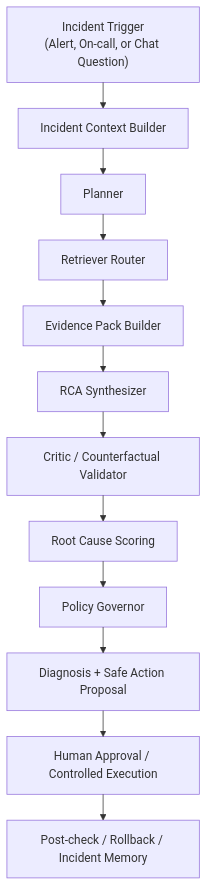
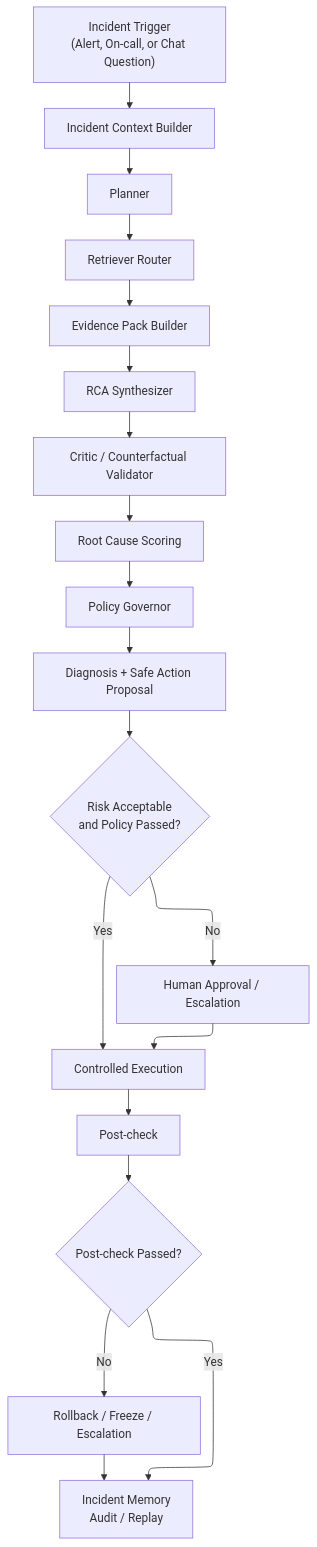
Before and after one commit to AstroMen/AstroMen.github.io: the first of 3 diagrams in _posts/2026-05-09-Why_AI_Driven_Infrastructure_Resilience_Needs_Search_Indexing_and_Document_Understanding-CN.md, drawn with Mermaid. The commit also changed other lines of this file, not shown here.

Commit message:
Refine RCA Agent workflow description and diagrams

````diff
--- a/_posts/2026-05-09-Why_AI_Driven_Infrastructure_Resilience_Needs_Search_Indexing_and_Document_Understanding-CN.md
+++ b/_posts/2026-05-09-Why_AI_Driven_Infrastructure_Resilience_Needs_Search_Indexing_and_Document_Understanding-CN.md
@@ -87,18 +88,29 @@
 ```mermaid
 ---
 config:
   layout: elk
 ---
 flowchart TD
     A["Incident Trigger<br/>(Alert, On-call, or Chat Question)"] --> B["Incident Context Builder"]
     B --> C["Planner"]
     C --> D["Retriever Router"]
     D --> E["Evidence Pack Builder"]
     E --> F["RCA Synthesizer"]
     F --> G["Critic / Counterfactual Validator"]
     G --> H["Root Cause Scoring"]
     H --> I["Policy Governor"]
     I --> J["Diagnosis + Safe Action Proposal"]
-    J --> K["Human Approval / Controlled Execution"]
-    K --> L["Post-check / Rollback / Incident Memory"]
+    J --> K{"Risk Acceptable<br/>and Policy Passed?"}
+
+    K -- "No" --> L["Human Approval / Escalation"]
+    L --> M["Controlled Execution<br/>(If Approved)"]
+
+    K -- "Yes" --> M["Controlled Execution"]
+
+    M --> N["Post-check"]
+    N --> O{"Post-check Passed?"}
+
+    O -- "Yes" --> P["Incident Memory<br/>Audit / Replay"]
+    O -- "No" --> Q["Rollback / Freeze / Escalation"]
+    Q --> P
 ```
````
